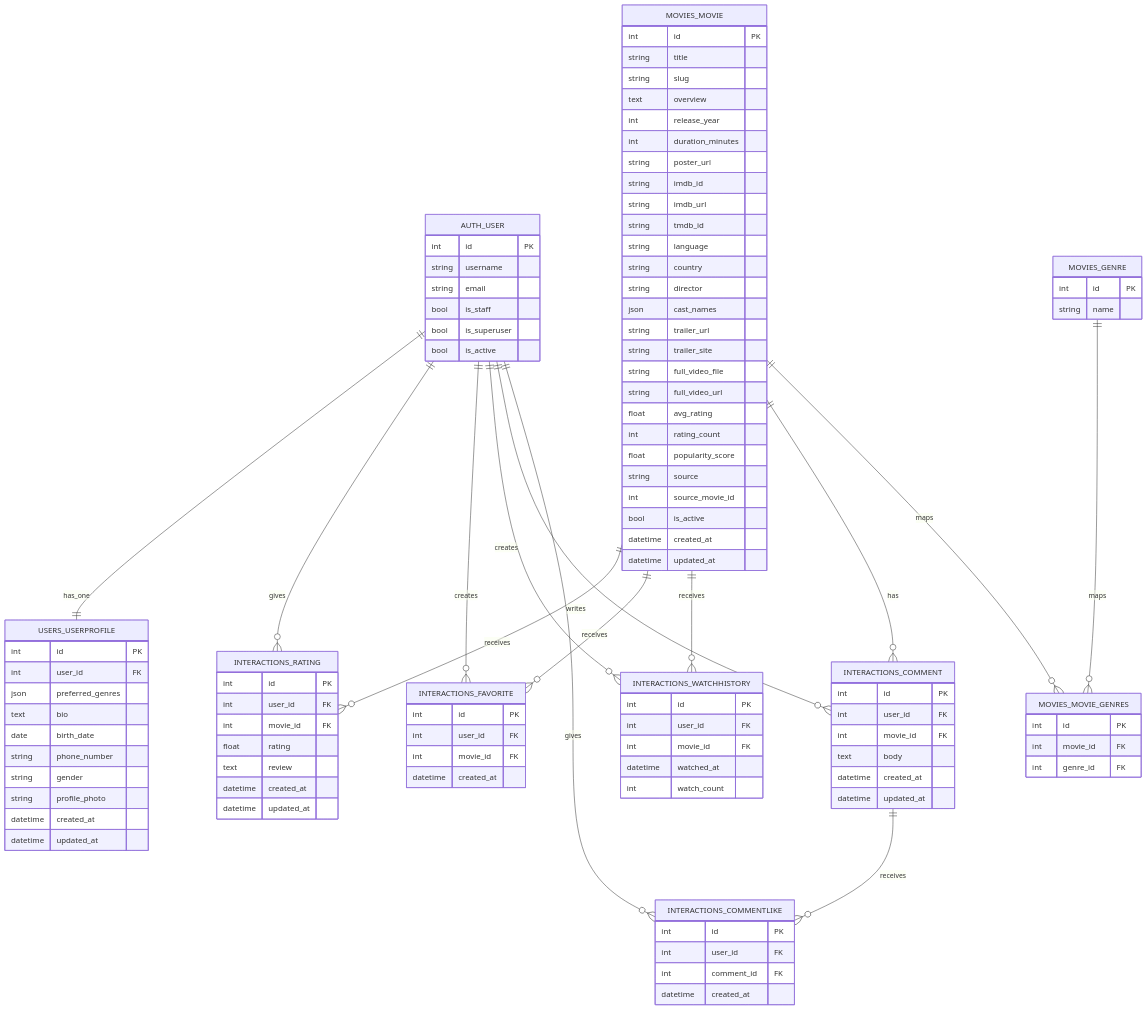
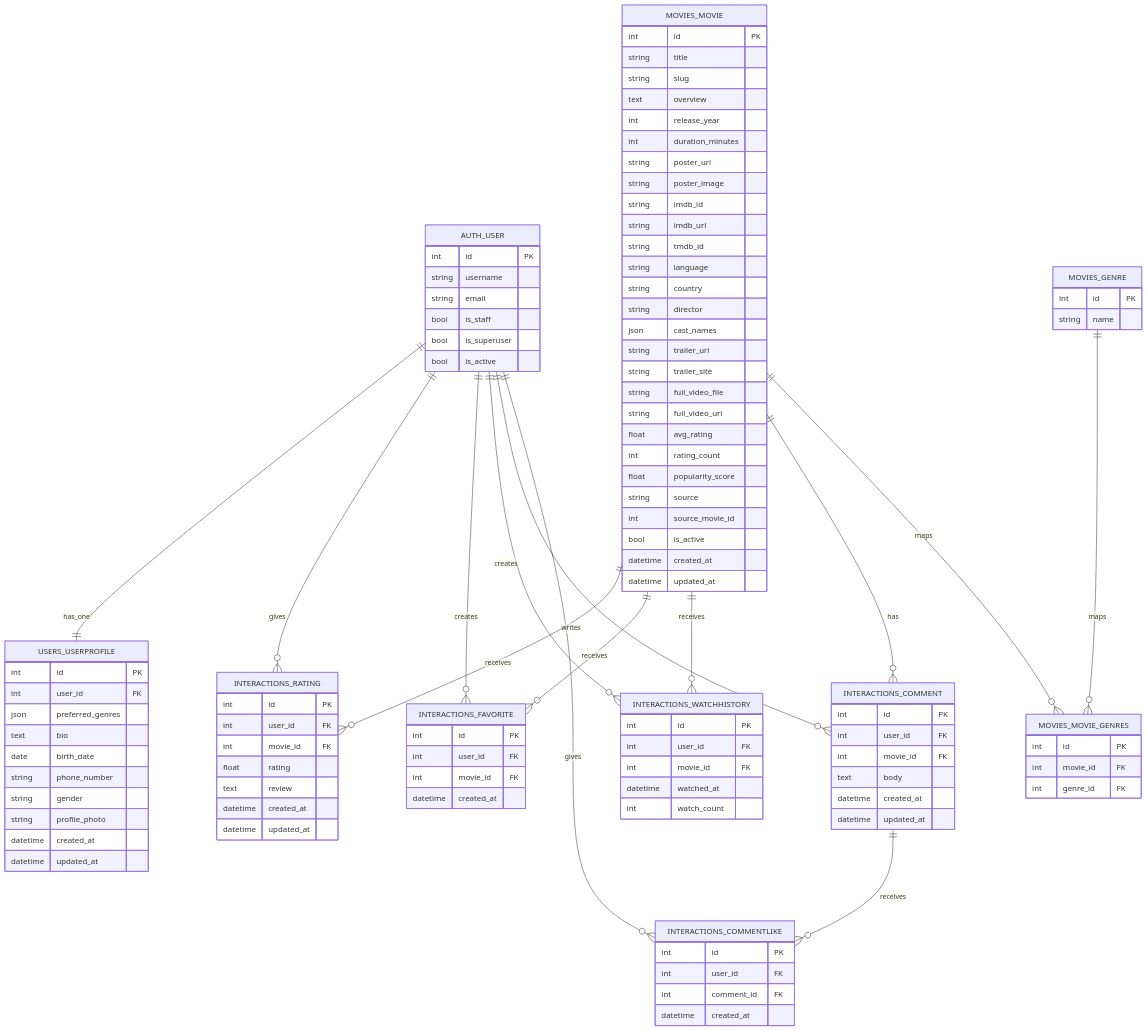
Before and after one commit to Rakhimboyev-FerUzbek/movie_recommender_dissertation: the diagram in docs/05_DATABASE_SCHEMA.md, drawn with Mermaid. The commit also changed other lines of this file and 12 other files, not shown here.

```diff
--- a/docs/05_DATABASE_SCHEMA.md
+++ b/docs/05_DATABASE_SCHEMA.md
@@ -119,6 +124,7 @@
         int release_year
         int duration_minutes
         string poster_url
+        string poster_image
         string imdb_id
         string imdb_url
         string tmdb_id
```
